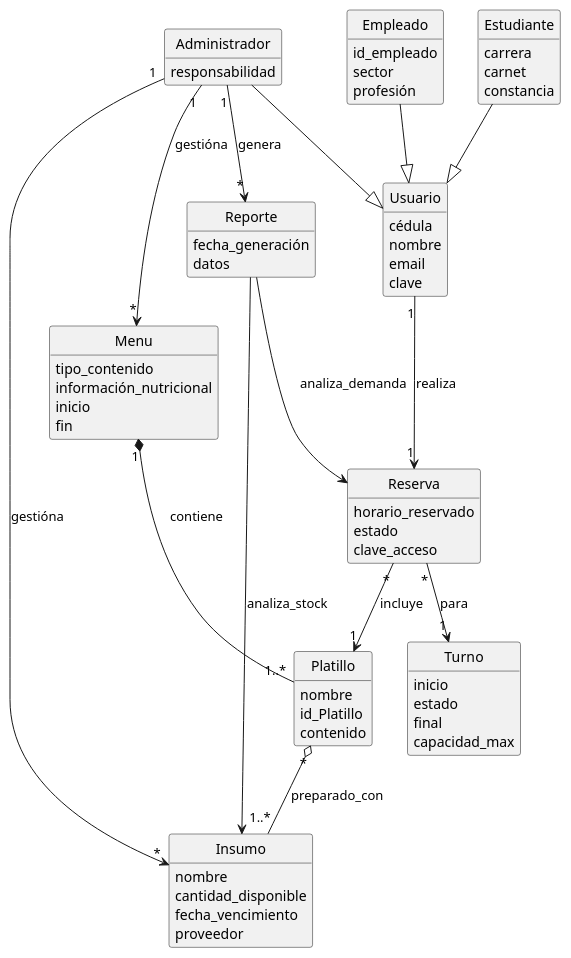
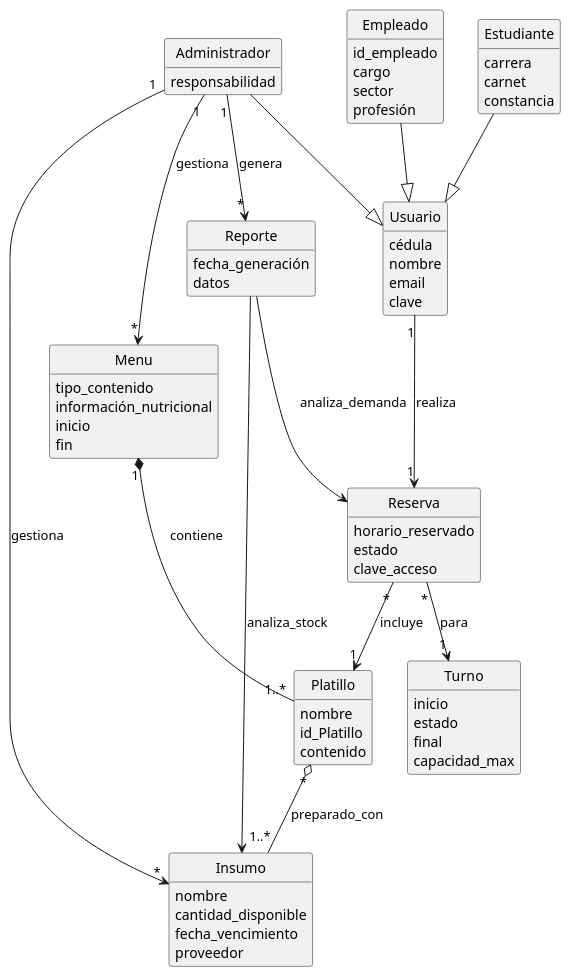
Before and after one commit to ARUSG178/proyecto-comedor-2-2025-grupo-12: the diagram in docs/diagramas/modelo_dominio.puml, drawn with PlantUML. The commit also changed 3 other files, not shown here.

```diff
--- a/docs/diagramas/modelo_dominio.puml
+++ b/docs/diagramas/modelo_dominio.puml
@@ -1,116 +1,117 @@
 @startuml Modelo_Dominio_Final
 
     '-- ACOMODAR Y LIMPIAR EL MODELO --
     
     hide circle
     hide methods
 
     '-- CLASES -> PERSONAS --
 
     'Clase Padre Principal
     class Usuario {
         cédula
         nombre
         email
         clave
     }
 
     'Diferentes tipos de Usuarios
     Class Estudiante {
         carrera
         carnet
         constancia
     }
 
     Class Empleado {
         id_empleado
+        cargo
         sector
         profesión
     }
 
     Class Administrador {
         responsabilidad
     }
 
     '-- CLASES -> COMEDOR
 
     ' Menu que rota semanalmente
     class Menu {
         'Tipo de contenido clasifica: Desayuno, almuerzo, cena
         tipo_contenido
         información_nutricional
         inicio
         fin
     }
 
     ' Insumo que llega para preparar los platillos
     class Insumo {
         nombre
         cantidad_disponible
         fecha_vencimiento
         proveedor
     }
 
     ' Comida hecha de los insumos la cual se mostrará como opción en el menú
     class Platillo {
         nombre
         id_Platillo
         contenido
     }
 
     ' Turno en los cuales las comidas cambian y abren nuevas capacidades para personas
     class Turno {
         inicio
         'Disponibilidad o no
         estado
         final
         capacidad_max
     }
 
     ' Reporte que el Administrador realiza en donde figura consumo diario, reportes de demanda y planificación
     class Reporte {
         fecha_generación
         datos
     }
 
     ' Reserva que realiza un Usuario durante un Turno
     class Reserva {
         horario_reservado
         'El estado refiere si está vigente, cancelada o ya ha sido canjeada
         estado
         'Código que verifica que el usuario fue quien obtuvo el platillo
         clave_acceso
     }
 
     ' --- RELACIONES ---
 
     ' Herencia
     Estudiante --|> Usuario
     Empleado --|> Usuario
     Administrador --|> Usuario
 
-    ' El Administrador gestióna menús semanales, insumos y genera reportes 
-    Administrador "1" --> "*" Menu : gestióna
-    Administrador "1" --> "*" Insumo : gestióna
+    ' El Administrador gestiona menús semanales, insumos y genera reportes 
+    Administrador "1" --> "*" Menu : gestiona
+    Administrador "1" --> "*" Insumo : gestiona
     Administrador "1" --> "*" Reporte : genera
 
     ' Un menú se compone de varios platillos disponibles para esa semana 
     Menu "1" *-- "1..*" Platillo : contiene
     
     ' Un platillo requiere insumos para prepararse
     Platillo "*" o-- "1..*" Insumo : preparado_con
 
     ' El usuario hace la reserva, una por persona
     Usuario "1" --> "1" Reserva : realiza
 
     ' Una reserva corresponde a un Turno específico, controla el acceso 
     Reserva "*" --> "1" Turno : para
 
     ' Una reserva suele ser por un platillo
     Reserva "*" --> "1" Platillo : incluye
 
     ' El reporte se basa en los datos de las reservas/consumos y el inventario 
     Reporte --> Reserva : analiza_demanda
     Reporte --> Insumo : analiza_stock
 
 @enduml
```
